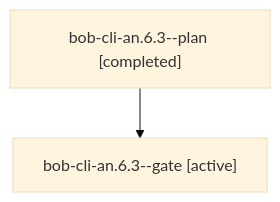
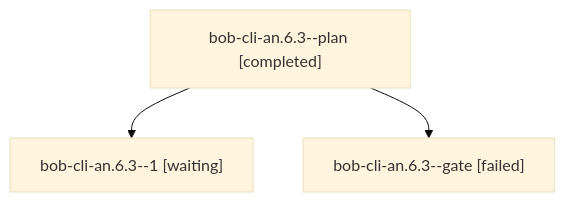
Before and after one commit to bobs-org/bob-cli--agents: the diagram in sessions/bbugyi200.athena.bob-cli-an.6.3.md, drawn with Mermaid (base theme). The commit also changed other lines of this file and 92 other files, not shown here.

````diff
--- a/sessions/bbugyi200.athena.bob-cli-an.6.3.md
+++ b/sessions/bbugyi200.athena.bob-cli-an.6.3.md
@@ -9,6 +9,8 @@
 ```mermaid
 flowchart TD
   n0["bob-cli-an.6.3--plan [completed]"]
-  n1["bob-cli-an.6.3--gate [active]"]
+  n1["bob-cli-an.6.3--1 [waiting]"]
   n0 --> n1
+  n2["bob-cli-an.6.3--gate [failed]"]
+  n0 --> n2
 ```
````
